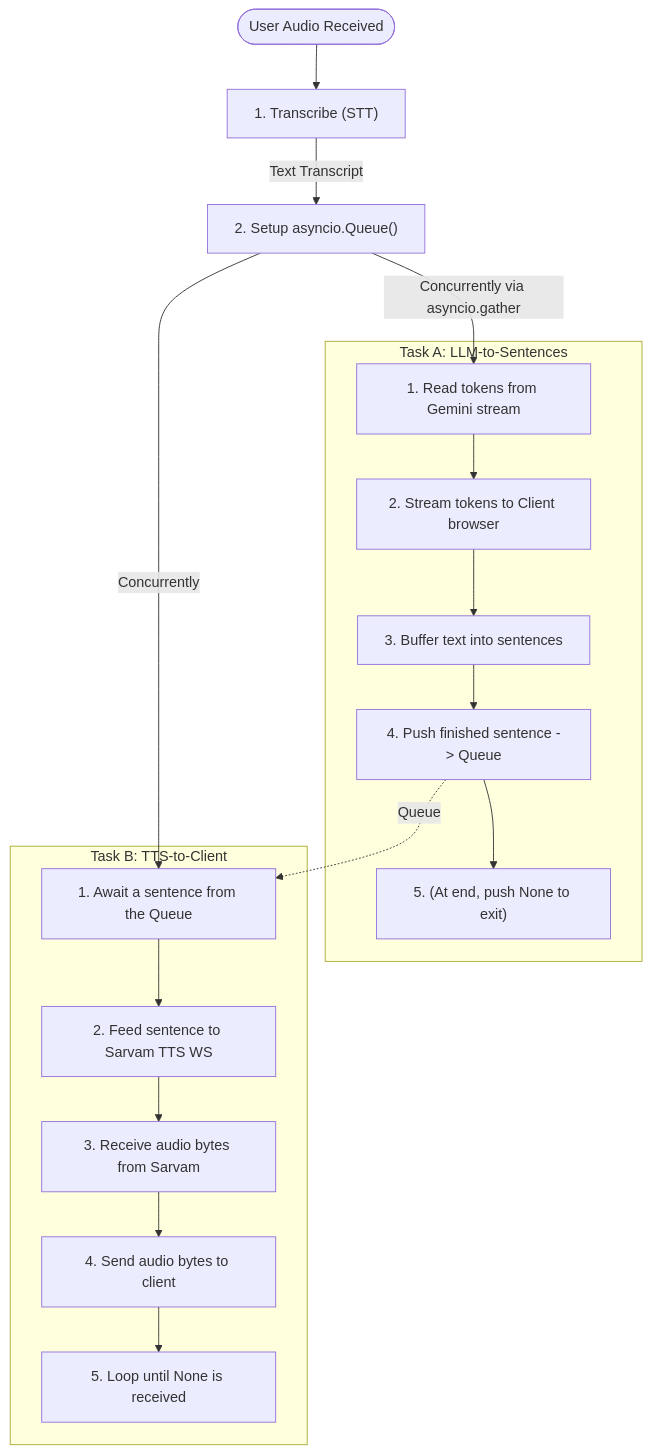
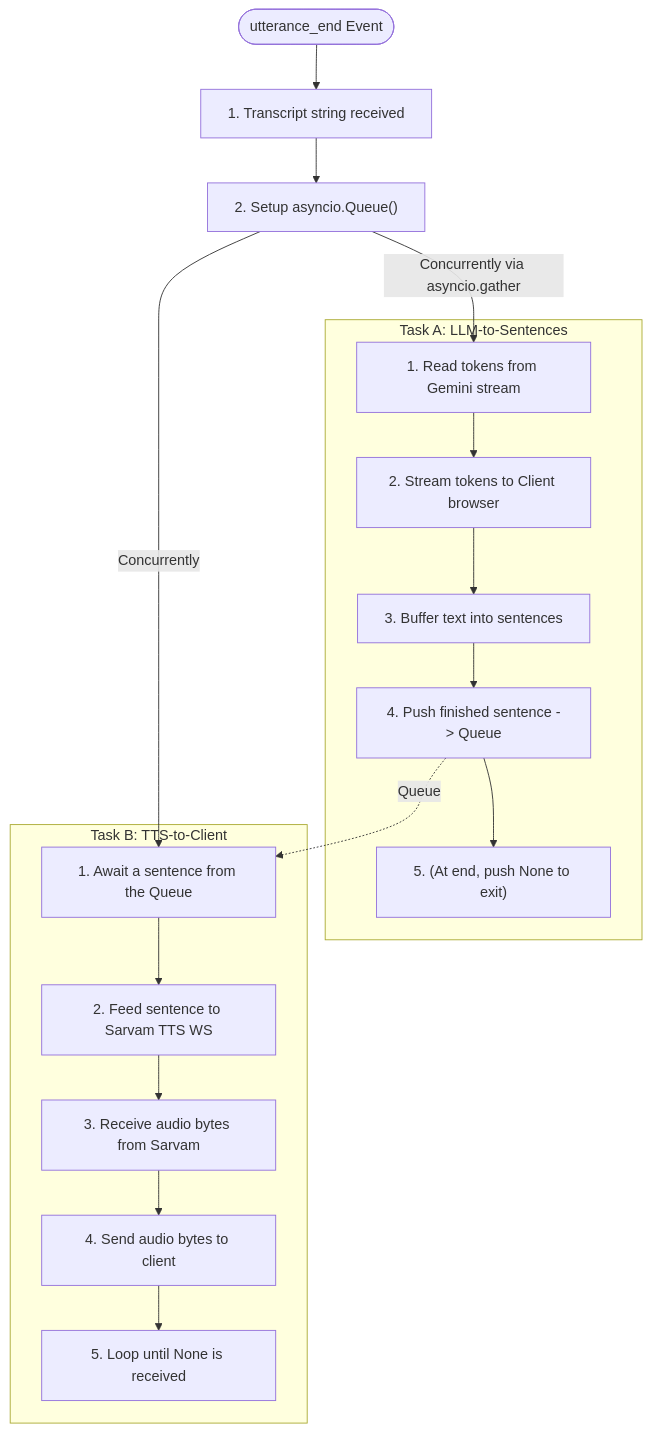
The second of 2 diagrams in system_explanation.md (SOGeKING-NUL/tts-speech-engine), drawn with Mermaid before and after one commit. The commit also changed other lines of this file and 4 other files, not shown here.

````diff
--- a/system_explanation.md
+++ b/system_explanation.md
@@ -101,24 +127,24 @@
 ```mermaid
 graph TD
-    Start([User Audio Received]) --> STT["1. Transcribe (STT)"]
-    STT -->|Text Transcript| Queue["2. Setup asyncio.Queue()"]
+    Start([utterance_end Event]) --> STT["1. Transcript string received"]
+    STT --> Queue["2. Setup asyncio.Queue()"]
     
     Queue -->|Concurrently via asyncio.gather| TaskA_Start
     Queue -->|Concurrently| TaskB_Start
     
     subgraph "Task A: LLM-to-Sentences"
         TaskA_Start["1. Read tokens from Gemini stream"] --> A2["2. Stream tokens to Client browser"]
         A2 --> A3["3. Buffer text into sentences"]
         A3 --> A4["4. Push finished sentence -> Queue"]
         A4 --> A5["5. (At end, push None to exit)"]
     end
     
     subgraph "Task B: TTS-to-Client"
         TaskB_Start["1. Await a sentence from the Queue"] --> B2["2. Feed sentence to Sarvam TTS WS"]
         B2 --> B3["3. Receive audio bytes from Sarvam"]
         B3 --> B4["4. Send audio bytes to client"]
         B4 --> B5["5. Loop until None is received"]
     end
     
     A4 -.->|Queue| TaskB_Start
 ```
````
